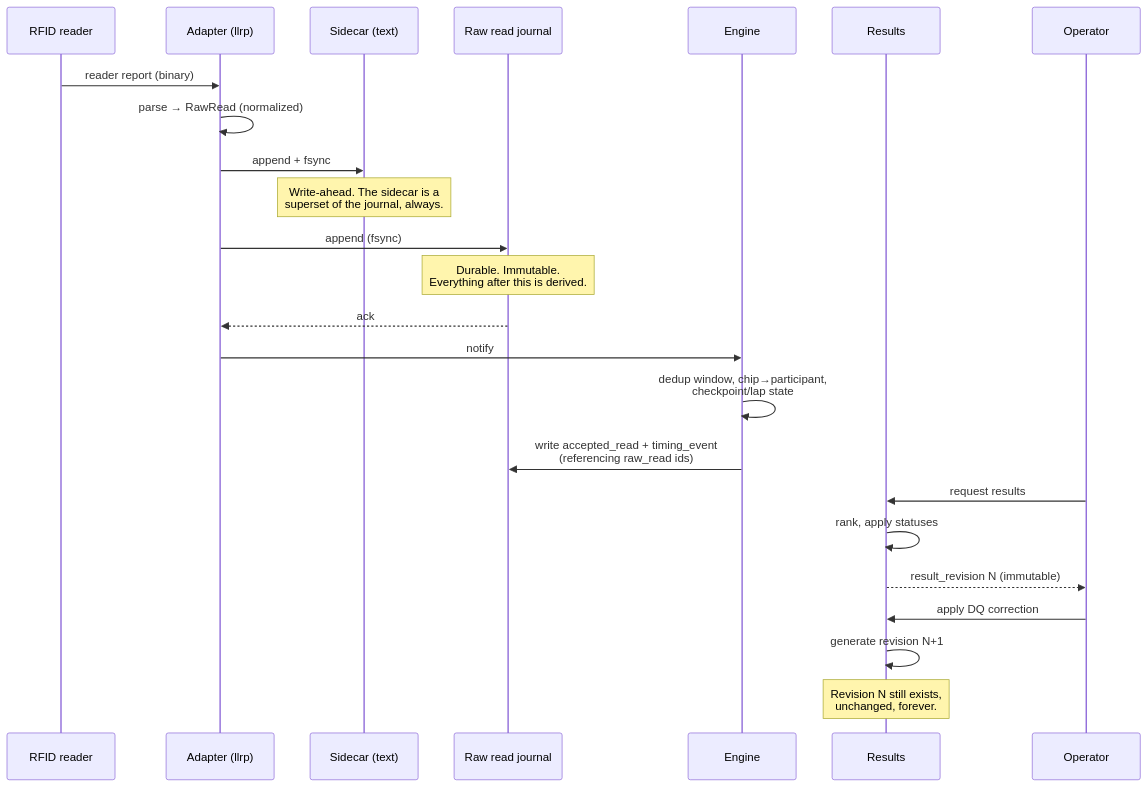
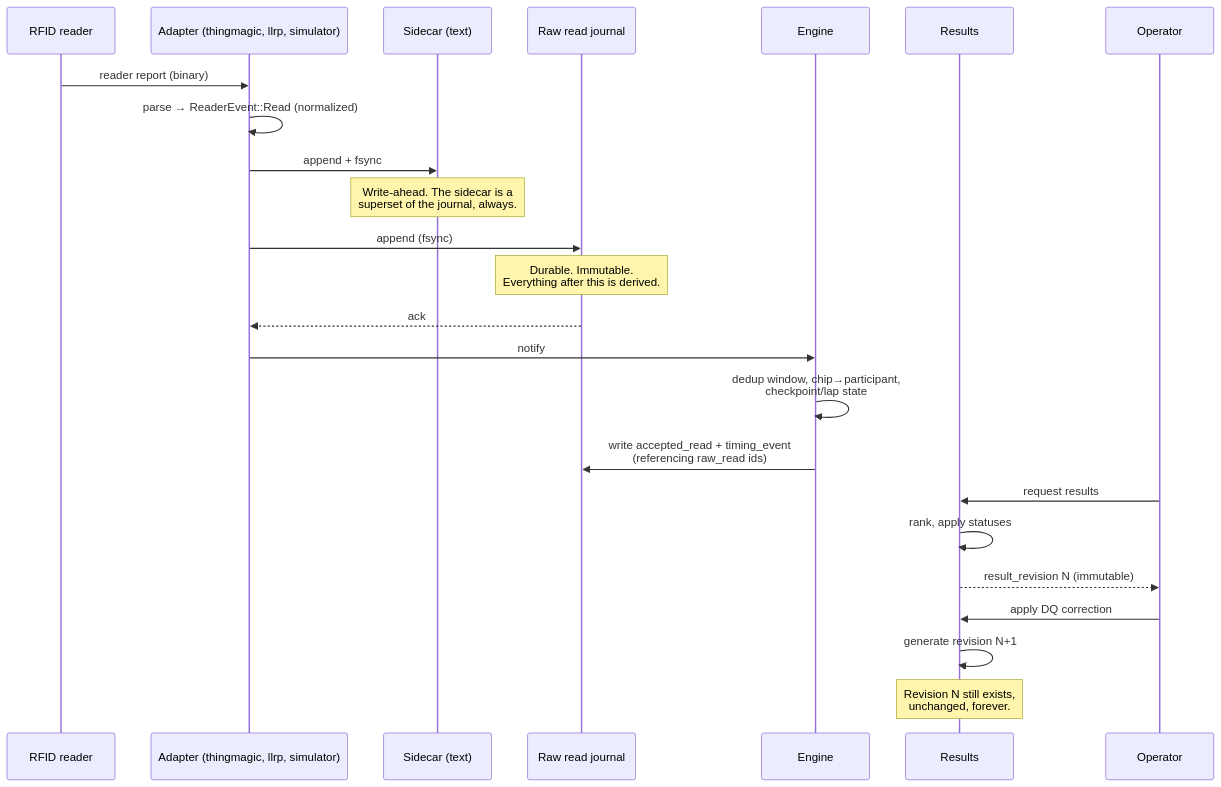
One commit to truppelli/splitforge changed the third of 3 diagrams in docs/architecture.md. Above: the diagram before and after it, drawn with Mermaid. The commit also changed other lines of this file, not shown here.

First line of the commit message:
Make architecture.md describe the code that is actually merged

````diff
--- a/docs/architecture.md
+++ b/docs/architecture.md
@@ -147,27 +213,27 @@
 ```mermaid
 sequenceDiagram
     participant R as RFID reader
-    participant A as Adapter (llrp)
+    participant A as Adapter (thingmagic, llrp, simulator)
     participant W as Sidecar (text)
     participant J as Raw read journal
     participant E as Engine
     participant S as Results
     participant O as Operator
 
     R->>A: reader report (binary)
-    A->>A: parse → RawRead (normalized)
+    A->>A: parse → ReaderEvent::Read (normalized)
     A->>W: append + fsync
     Note over W: Write-ahead. The sidecar is a<br/>superset of the journal, always.
     A->>J: append (fsync)
     Note over J: Durable. Immutable.<br/>Everything after this is derived.
     J-->>A: ack
     A->>E: notify
     E->>E: dedup window, chip→participant,<br/>checkpoint/lap state
     E->>J: write accepted_read + timing_event<br/>(referencing raw_read ids)
     O->>S: request results
     S->>S: rank, apply statuses
     S-->>O: result_revision N (immutable)
     O->>S: apply DQ correction
     S->>S: generate revision N+1
     Note over S: Revision N still exists,<br/>unchanged, forever.
 ```
````
